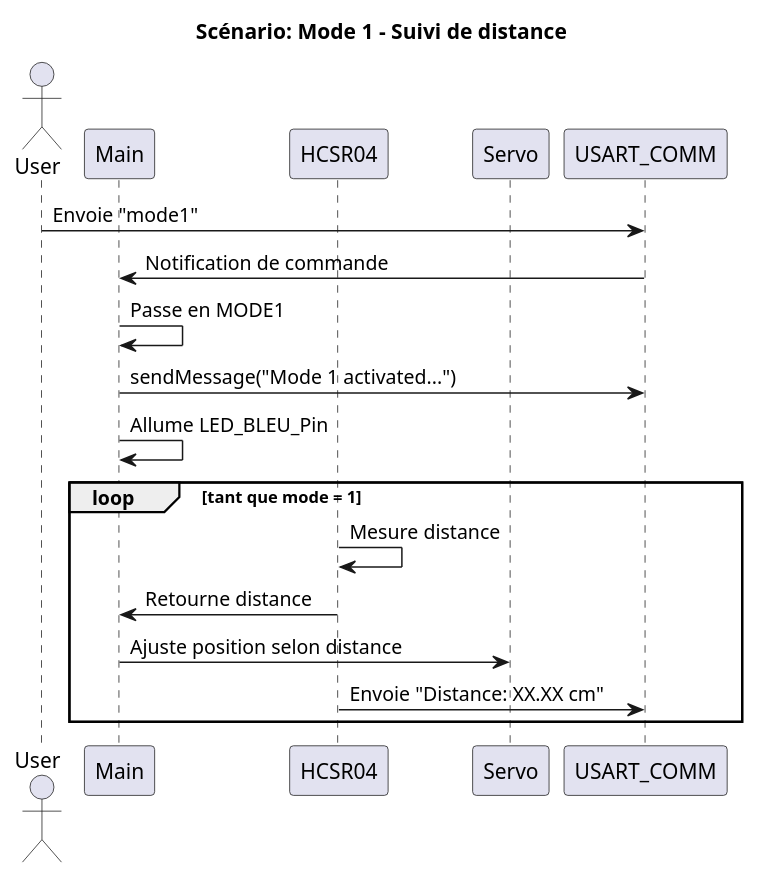
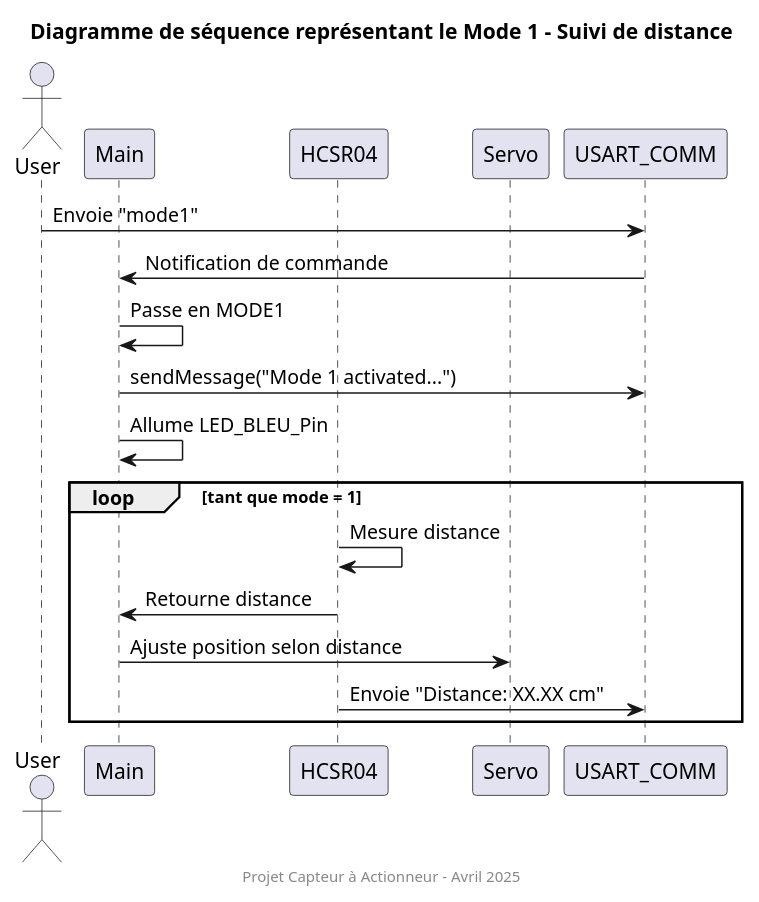
The diagram in doc-README/DS-Mode1Scenario.puml (AzTaiiyoo/Capteur_actionneur), drawn with PlantUML before and after one commit. The commit also changed 15 other files, not shown here.

```diff
--- a/doc-README/DS-Mode1Scenario.puml
+++ b/doc-README/DS-Mode1Scenario.puml
@@ -1,23 +1,25 @@
 @startuml
 ' Participants (modules)
 actor "User" as User
 participant "Main" as Main
 participant "HCSR04" as HCSR04
 participant "Servo" as Servo
 participant "USART_COMM" as USART
-
-title Scénario: Mode 1 - Suivi de distance
 
 User -> USART: Envoie "mode1"
 USART -> Main: Notification de commande
 Main -> Main: Passe en MODE1
 Main -> USART: sendMessage("Mode 1 activated...")
 Main -> Main: Allume LED_BLEU_Pin
 
 loop tant que mode = 1
   HCSR04 -> HCSR04: Mesure distance
   HCSR04 -> Main: Retourne distance
   Main -> Servo: Ajuste position selon distance
   HCSR04 -> USART: Envoie "Distance: XX.XX cm"
 end
+
+title Diagramme de séquence représentant le Mode 1 - Suivi de distance
+footer Projet Capteur à Actionneur – Avril 2025
+
 @enduml
```
